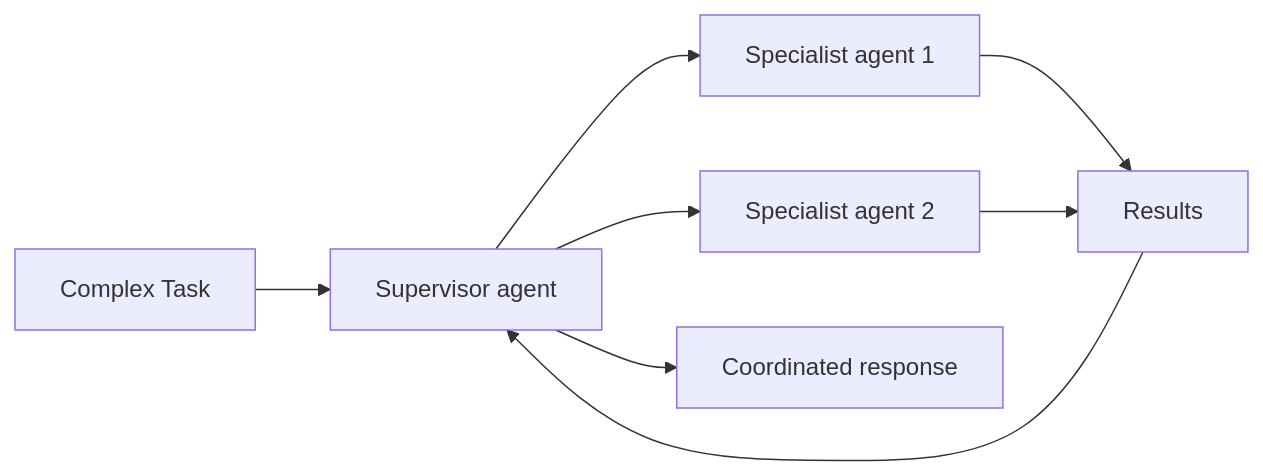
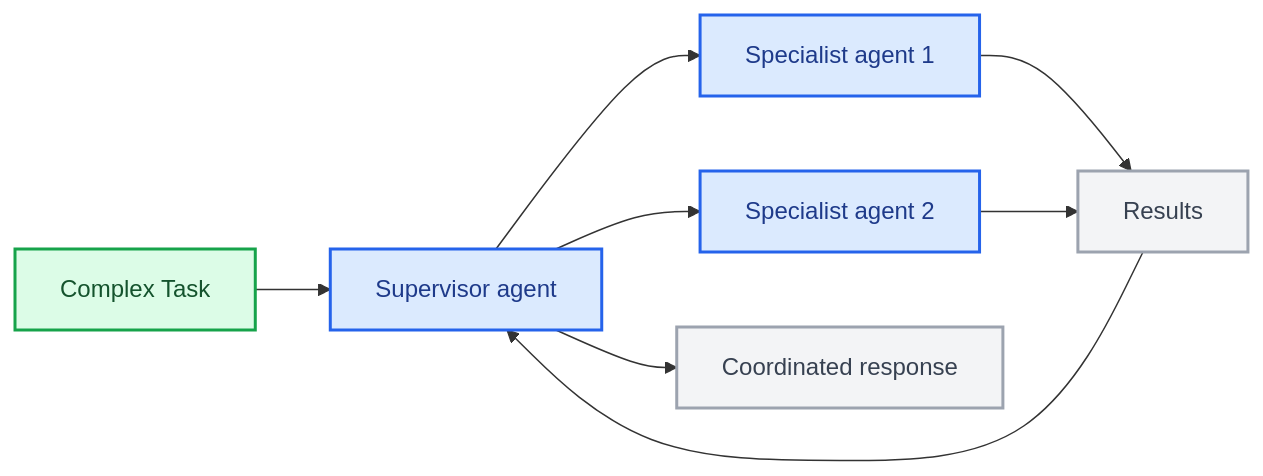
Before and after one commit to langchain-ai/docs: the fourth of 4 diagrams in src/oss/langchain/component-architecture.mdx, drawn with Mermaid. The commit also changed other lines of this file and 22 other files, not shown here.

Commit message:
fix mermaids in dark mode

````diff
--- a/src/oss/langchain/component-architecture.mdx
+++ b/src/oss/langchain/component-architecture.mdx
@@ -102,10 +130,18 @@
 ```mermaid
 graph LR
     A[Complex Task] --> B[Supervisor agent]
     B --> C[Specialist agent 1]
     B --> D[Specialist agent 2]
     C --> E[Results]
     D --> E
     E --> B
     B --> F[Coordinated response]
+
+    classDef trigger fill:#DCFCE7,stroke:#16A34A,stroke-width:2px,color:#14532D
+    classDef process fill:#DBEAFE,stroke:#2563EB,stroke-width:2px,color:#1E3A8A
+    classDef neutral fill:#F3F4F6,stroke:#9CA3AF,stroke-width:2px,color:#374151
+
+    class A trigger
+    class B,C,D process
+    class E,F neutral
 ```
````
